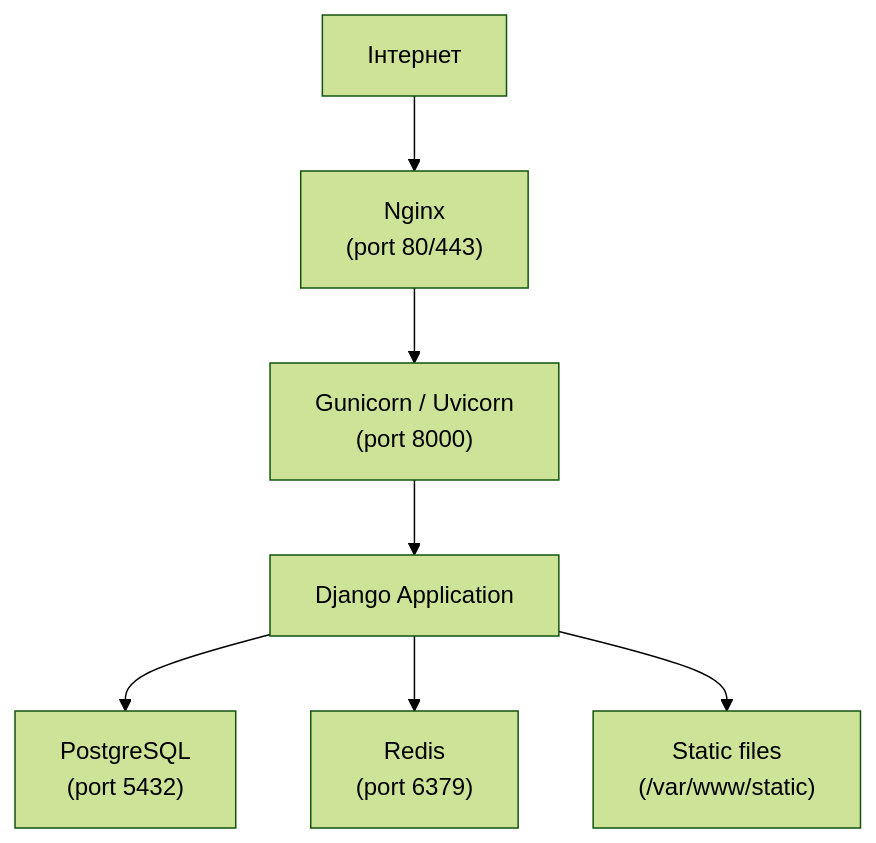
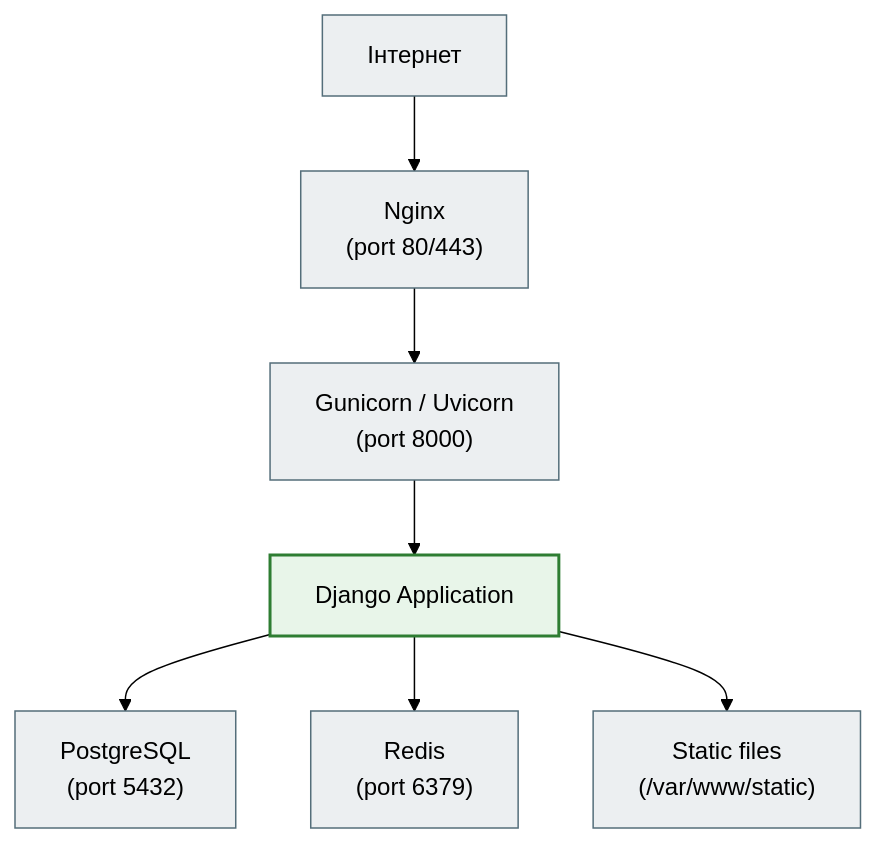
Before and after one commit to NikoriakViktot/notes_chat_app: the second of 2 diagrams in docs/10_linux_and_devops/linux_01_mental_model_full.md, drawn with Mermaid (forest theme). The commit also changed other lines of this file and 441 other files, not shown here.

First line of the commit message:
Add English version of the book, Mermaid standard, docs fixes

````diff
--- a/docs/10_linux_and_devops/linux_01_mental_model_full.md
+++ b/docs/10_linux_and_devops/linux_01_mental_model_full.md
@@ -140,9 +145,14 @@
 ```mermaid
 flowchart TD
-    Internet["Інтернет"] --> Nginx["Nginx\n(port 80/443)"]
-    Nginx --> Gunicorn["Gunicorn / Uvicorn\n(port 8000)"]
+    Internet["Інтернет"] --> Nginx["Nginx<br>(port 80/443)"]
+    Nginx --> Gunicorn["Gunicorn / Uvicorn<br>(port 8000)"]
     Gunicorn --> Django["Django Application"]
-    Django --> DB["PostgreSQL\n(port 5432)"]
-    Django --> Cache["Redis\n(port 6379)"]
-    Django --> Static["Static files\n(/var/www/static)"]
+    Django --> DB["PostgreSQL<br>(port 5432)"]
+    Django --> Cache["Redis<br>(port 6379)"]
+    Django --> Static["Static files<br>(/var/www/static)"]
+
+    classDef step     fill:#eceff1,stroke:#546e7a,stroke-width:1px;
+    classDef success  fill:#e8f5e9,stroke:#2e7d32,stroke-width:2px;
+    class Internet,Nginx,Gunicorn,DB,Cache,Static step;
+    class Django success;
 ```
````
